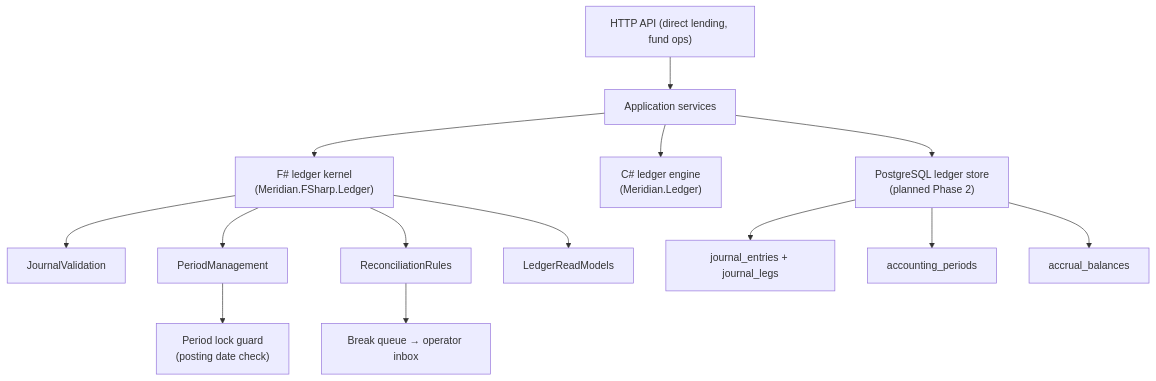
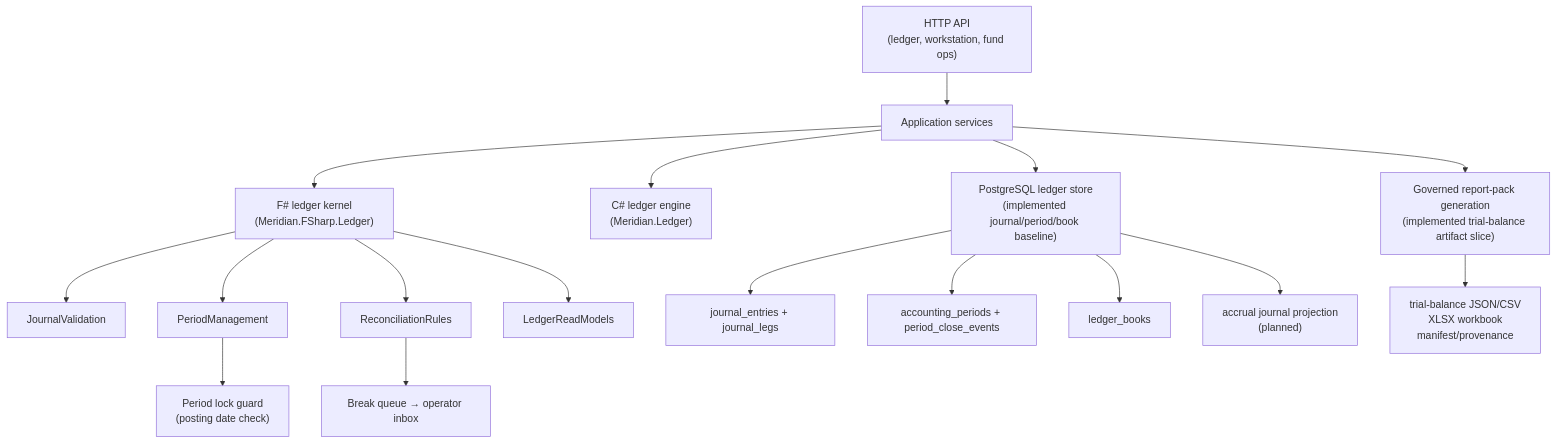
The diagram in docs/plans/ledger.md (rodoHasArrived/Meridian-main), drawn with Mermaid before and after one commit. The commit also changed other lines of this file and 27 other files, not shown here.

````diff
--- a/docs/plans/ledger.md
+++ b/docs/plans/ledger.md
@@ -104,19 +165,22 @@
 ```mermaid
 flowchart TD
-    API["HTTP API (direct lending, fund ops)"] --> Svc["Application services"]
+    API["HTTP API\n(ledger, workstation, fund ops)"] --> Svc["Application services"]
     Svc --> DomainKernel["F# ledger kernel\n(Meridian.FSharp.Ledger)"]
     Svc --> CSharpLedger["C# ledger engine\n(Meridian.Ledger)"]
-    Svc --> Store["PostgreSQL ledger store\n(planned Phase 2)"]
+    Svc --> Store["PostgreSQL ledger store\n(implemented journal/period/book baseline)"]
+    Svc --> Reports["Governed report-pack generation\n(implemented trial-balance artifact slice)"]
 
     DomainKernel --> Validation["JournalValidation"]
     DomainKernel --> Periods["PeriodManagement"]
     DomainKernel --> Recon["ReconciliationRules"]
     DomainKernel --> ReadModels["LedgerReadModels"]
 
     Store --> JournalTable["journal_entries + journal_legs"]
-    Store --> PeriodTable["accounting_periods"]
-    Store --> AccrualTable["accrual_balances"]
+    Store --> PeriodTable["accounting_periods + period_close_events"]
+    Store --> BookTable["ledger_books"]
+    Store --> AccrualTable["accrual journal projection\n(planned)"]
+    Reports --> ReportArtifacts["trial-balance JSON/CSV\nXLSX workbook\nmanifest/provenance"]
 
     Periods --> PeriodLock["Period lock guard\n(posting date check)"]
     Recon --> BreakQueue["Break queue → operator inbox"]
 ```
````
